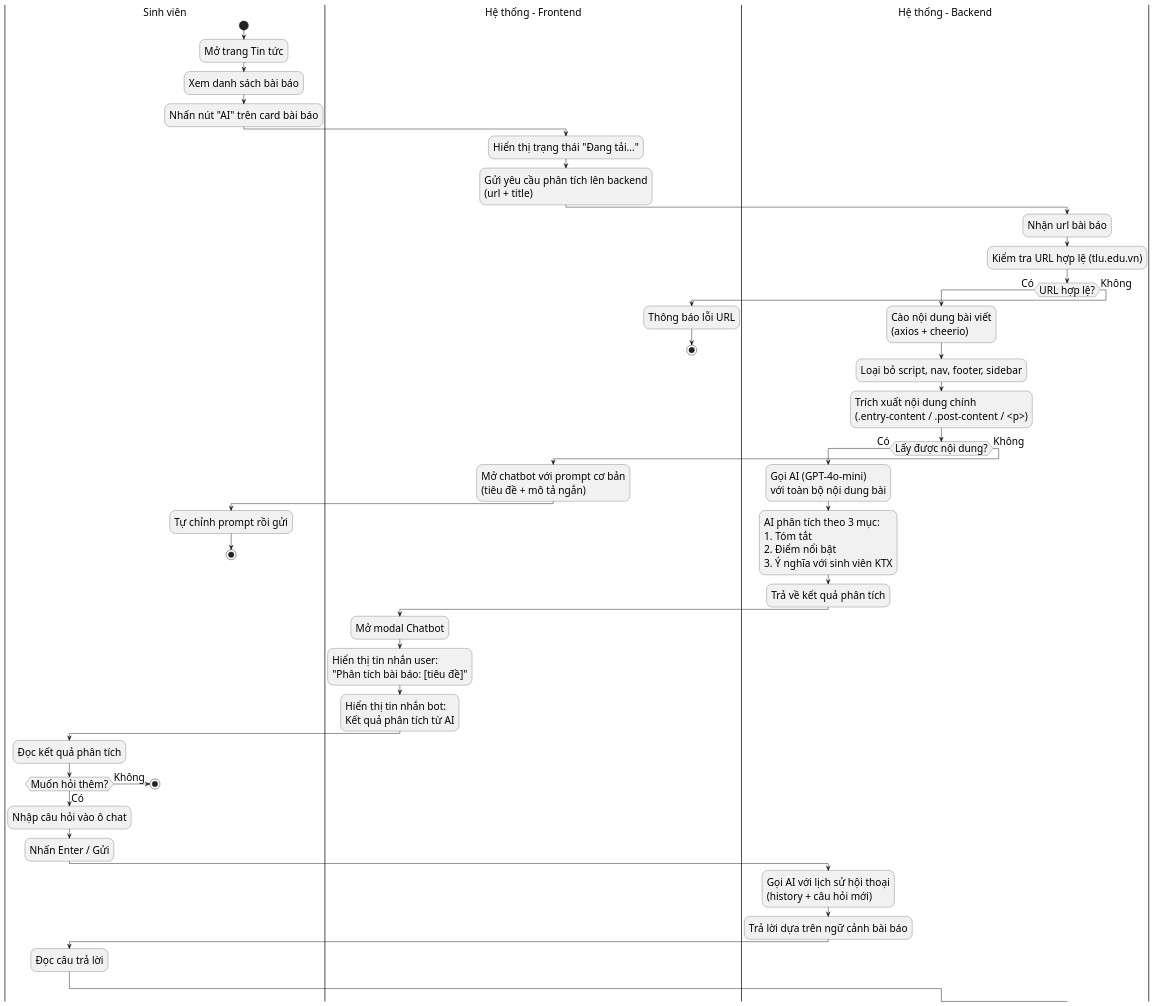
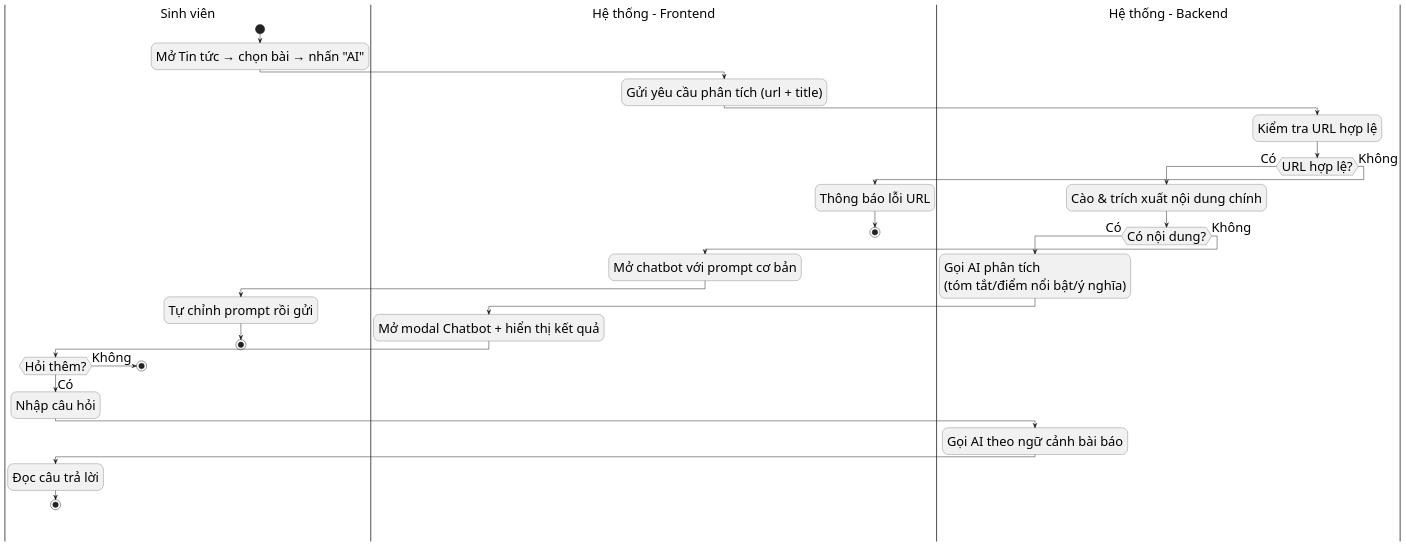
The diagram in diagrams/nhomailog/ai_news_analyze_activity.puml (s0nbuildtech287/dormitory-frontend), drawn with PlantUML before and after one commit. The commit also changed 1 other file, not shown here.

```diff
--- a/diagrams/nhomailog/ai_news_analyze_activity.puml
+++ b/diagrams/nhomailog/ai_news_analyze_activity.puml
@@ -1,53 +1,41 @@
 @startuml "AI News Analyze Activity"
-skinparam defaultFontSize 22
+skinparam defaultFontSize 28
 skinparam defaultFontName "Times New Roman"
 ' Activity Diagram: Phân tích bài báo bằng AI
 |Sinh viên|
 start
-:Mở trang Tin tức;
-:Xem danh sách bài báo;
-:Nhấn nút "AI" trên card bài báo;
+:Mở Tin tức → chọn bài → nhấn "AI";
 |Hệ thống - Frontend|
-:Hiển thị trạng thái "Đang tải...";
-:Gửi yêu cầu phân tích lên backend\n(url + title);
+:Gửi yêu cầu phân tích (url + title);
 |Hệ thống - Backend|
-:Nhận url bài báo;
-:Kiểm tra URL hợp lệ (tlu.edu.vn);
+:Kiểm tra URL hợp lệ;
 if (URL hợp lệ?) then (Có)
-  :Cào nội dung bài viết\n(axios + cheerio);
-  :Loại bỏ script, nav, footer, sidebar;
-  :Trích xuất nội dung chính\n(.entry-content / .post-content / <p>);
-  if (Lấy được nội dung?) then (Có)
-    :Gọi AI (GPT-4o-mini)\nvới toàn bộ nội dung bài;
-    :AI phân tích theo 3 mục:\n1. Tóm tắt\n2. Điểm nổi bật\n3. Ý nghĩa với sinh viên KTX;
-    :Trả về kết quả phân tích;
+  :Cào & trích xuất nội dung chính;
+  if (Có nội dung?) then (Có)
+    :Gọi AI phân tích\n(tóm tắt/điểm nổi bật/ý nghĩa);
     |Hệ thống - Frontend|
-    :Mở modal Chatbot;
-    :Hiển thị tin nhắn user:\n"Phân tích bài báo: [tiêu đề]";
-    :Hiển thị tin nhắn bot:\nKết quả phân tích từ AI;
+    :Mở modal Chatbot + hiển thị kết quả;
     |Sinh viên|
-    :Đọc kết quả phân tích;
-    if (Muốn hỏi thêm?) then (Có)
-      :Nhập câu hỏi vào ô chat;
-      :Nhấn Enter / Gửi;
+    if (Hỏi thêm?) then (Có)
+      :Nhập câu hỏi;
       |Hệ thống - Backend|
-      :Gọi AI với lịch sử hội thoại\n(history + câu hỏi mới);
-      :Trả lời dựa trên ngữ cảnh bài báo;
+      :Gọi AI theo ngữ cảnh bài báo;
       |Sinh viên|
       :Đọc câu trả lời;
+      stop
     else (Không)
       stop
     endif
   else (Không)
     |Hệ thống - Frontend|
-    :Mở chatbot với prompt cơ bản\n(tiêu đề + mô tả ngắn);
+    :Mở chatbot với prompt cơ bản;
     |Sinh viên|
     :Tự chỉnh prompt rồi gửi;
     stop
   endif
 else (Không)
   |Hệ thống - Frontend|
   :Thông báo lỗi URL;
   stop
 endif
 @enduml
```
